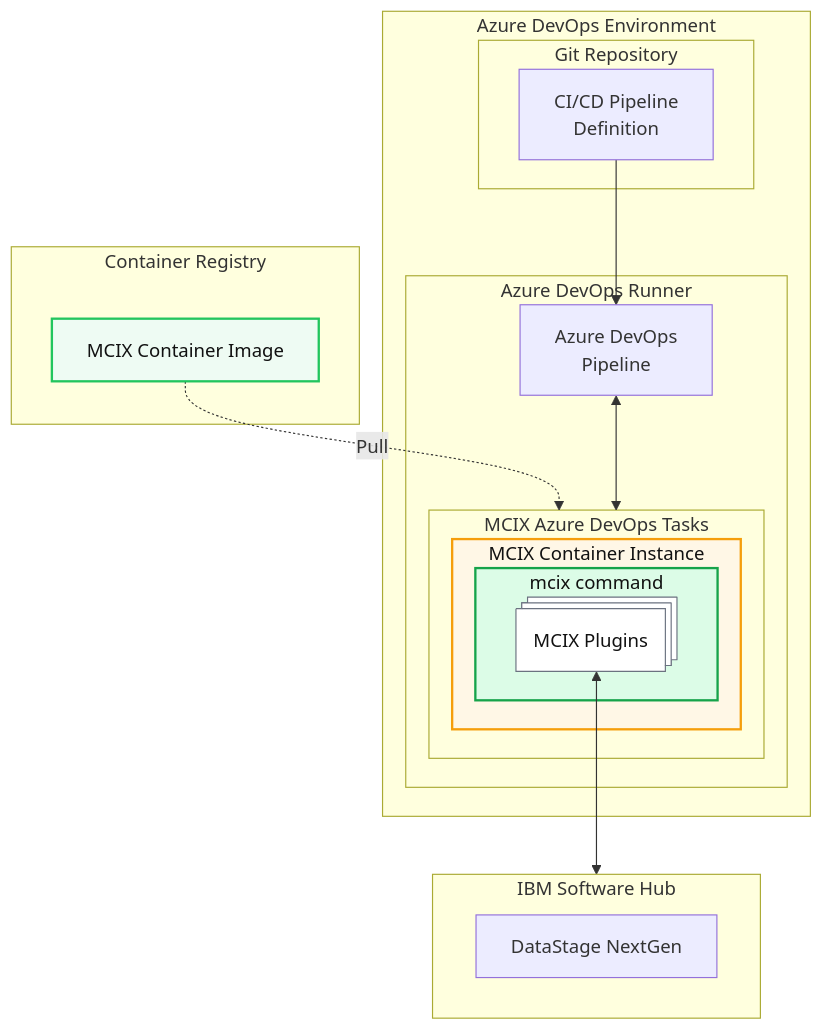
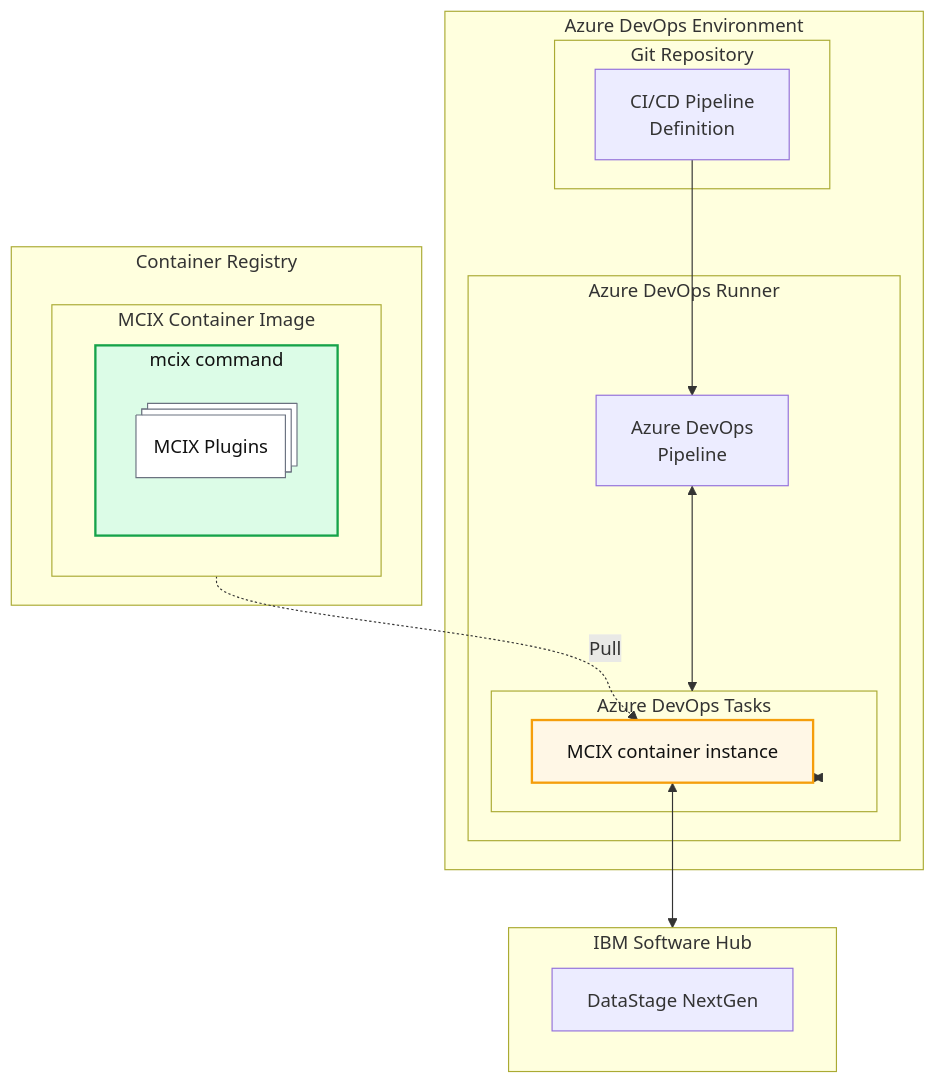
Before and after one commit to MettleCI/mcix-cli: the diagram in _pages/container/azure.md, drawn with Mermaid. The commit also changed 6 other files, not shown here.

````diff
--- a/_pages/container/azure.md
+++ b/_pages/container/azure.md
@@ -71,61 +71,64 @@
 ```mermaid
   flowchart TD
 
   %% =========================
   %% Styles
   %% =========================
   classDef registry fill:#333333,stroke:#3b82f6,stroke-width:2px,color:#111;
   classDef image fill:#eefbf3,stroke:#22c55e,stroke-width:2px,color:#111;
   classDef runtime fill:#fff7e6,stroke:#f59e0b,stroke-width:2px,color:#111;
   classDef tooling fill:#f5ecff,stroke:#8b5cf6,stroke-width:2px,color:#111;
   classDef plugin fill:#ffffff,stroke:#6b7280,stroke-width:1px,color:#111;
   classDef command fill:#dcfce7,stroke:#16a34a,stroke-width:2px,color:#111;
 
   %% =========================
-  %% Azure DevOps environment
-  %% =========================
-  subgraph ADO["Azure DevOps Environment"]
-      subgraph ADOREPO["Git Repository"]
-        ADOPIPEDEF["CI/CD Pipeline<br/>Definition"]
-      end
-      subgraph ADORUN["Azure DevOps Runner"]
-        ADOPIPERUN["Azure DevOps<br/>Pipeline"]
-        subgraph ADOT["MCIX Azure DevOps Tasks"]
-          subgraph CONTINST["MCIX Container Instance"]
-            subgraph MCIX["mcix command"]
-              PLUGINS@{ shape: procs, label: "MCIX Plugins"}
-            end
-          end
-        end
-      end
-  end
-  class ADOT tooling
-  class CONTINST runtime
-
-  %% =========================
   %% Registry
   %% =========================
   subgraph REG["Container Registry"]
       %% Image internals
-      IMG["MCIX Container Image"]
+      subgraph IMG["MCIX Container Image"]
+      subgraph MCIX["mcix command"]
+        PLUGINS@{ shape: procs, label: "MCIX Plugins"}
+      end
+      end
       class MCIX command
       class PLUGINS plugin
       class IMG image
   end
   %% class REG registry
 
   subgraph CPD["IBM Software Hub"]
     DATASTAGE["DataStage NextGen"]
   end
 
   %% =========================
+  %% Azure DevOps environment
+  %% =========================
+  subgraph ADO["Azure DevOps Environment"]
+      subgraph ADOREPO["Git Repository"]
+        ADOPIPEDEF["CI/CD Pipeline<br/>Definition"]
+      end
+      subgraph ADORUN["Azure DevOps Runner"]
+        ADOPIPERUN["Azure DevOps<br/>Pipeline"]
+        subgraph ADOT["Azure DevOps Tasks"]
+          ADOCONT["MCIX container instance"]
+        end
+      end
+  end
+  class ADOT tooling
+  class ADOCONT runtime
+
+  %% =========================
   %% Distribution from registry
   %% =========================
-  IMG -. Pull .-> ADOT
+  IMG -. Pull .-> ADOCONT
 
   %% ADO Tooling references
   ADOPIPEDEF --> ADOPIPERUN
   ADOPIPERUN <--> ADOT
-  PLUGINS <--> CPD
+  ADOT <--> ADOCONT
+
+  %% Action/Task links to CPD
+  ADOCONT <--> CPD
 
 ```
````
